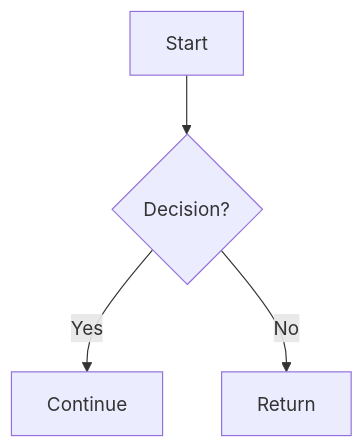
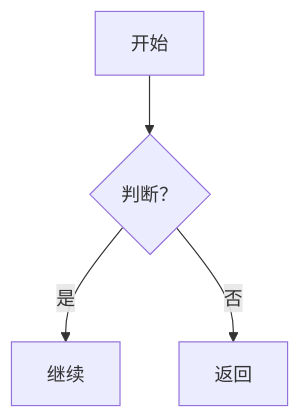
Before and after one commit to Liyuk/liyuk.github.io: the diagram in src/content/writing/_template.md, drawn with Mermaid. The commit also changed 6 other files, not shown here.

First line of the commit message:
Improve Mermaid output and guard against empty article builds (#62)

````diff
--- a/src/content/writing/_template.md
+++ b/src/content/writing/_template.md
@@ -33,6 +33,8 @@
 ```mermaid
 graph TD
-  A[Start] --> B{Decision?}
-  B -->|Yes| C[Continue]
-  B -->|No| D[Return]
+  accTitle: 示例流程图
+  accDescr: 从开始到判断，分别展示继续和返回两条路径。
+  A[开始] --> B{判断？}
+  B -->|是| C[继续]
+  B -->|否| D[返回]
 ```
````
